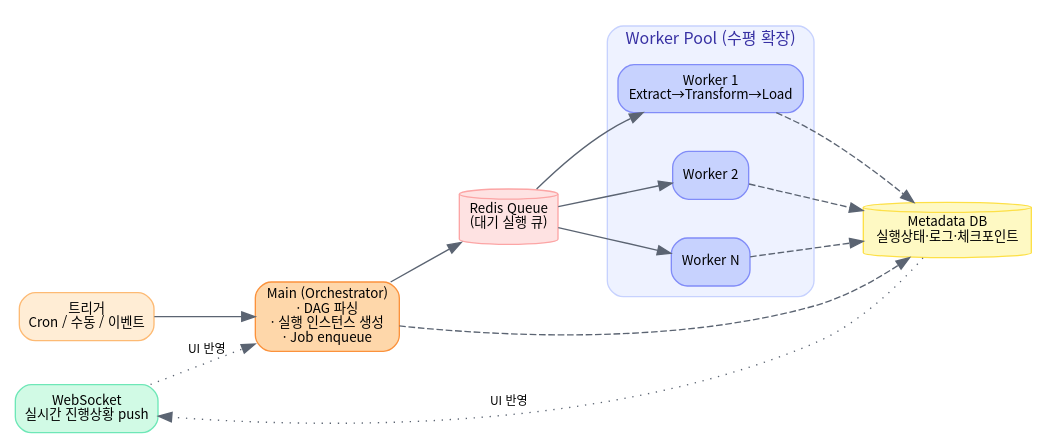
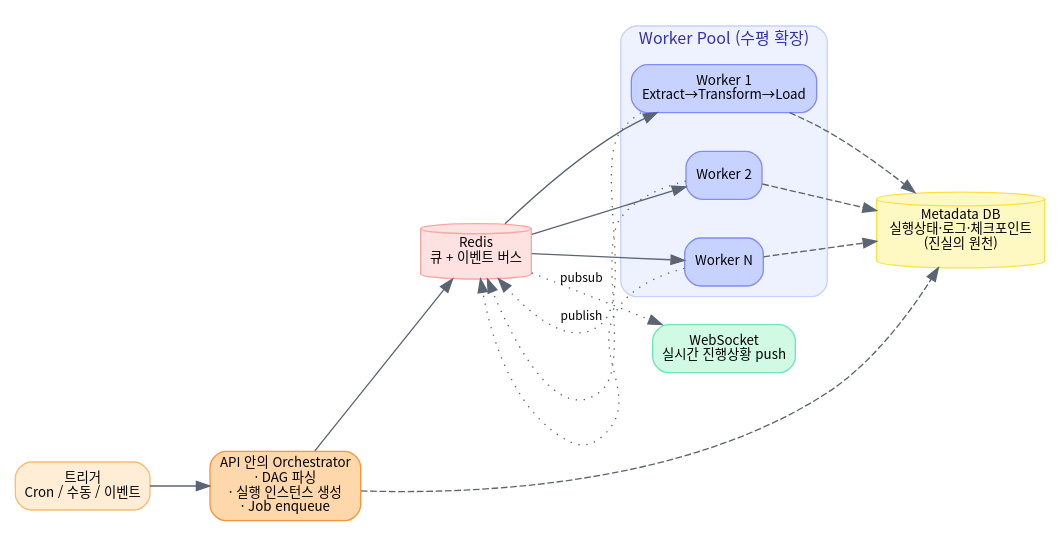
Before and after one commit to SurvivorsStudio/ditter: the diagram in docs/diagrams/d2_pipeline.dot, drawn with Graphviz. The commit also changed 3 other files, not shown here.

```diff
--- a/docs/diagrams/d2_pipeline.dot
+++ b/docs/diagrams/d2_pipeline.dot
@@ -1,26 +1,29 @@
 digraph G {
   rankdir=LR; bgcolor="white";
   node [fontname="Noto Sans CJK KR", fontsize=10, shape=box, style="rounded,filled"];
   edge [fontname="Noto Sans CJK KR", fontsize=9, color="#5b6472"];
   graph [fontname="Noto Sans CJK KR", fontsize=12, nodesep=0.4, ranksep=0.6];
 
   trigger [label="트리거\nCron / 수동 / 이벤트", fillcolor="#ffedd5", color="#fdba74"];
-  main [label="Main (Orchestrator)\n· DAG 파싱\n· 실행 인스턴스 생성\n· Job enqueue", fillcolor="#fed7aa", color="#fb923c"];
-  redis [label="Redis Queue\n(대기 실행 큐)", shape=cylinder, fillcolor="#fee2e2", color="#fca5a5"];
+  main [label="API 안의 Orchestrator\n· DAG 파싱\n· 실행 인스턴스 생성\n· Job enqueue", fillcolor="#fed7aa", color="#fb923c"];
+  redis [label="Redis\n큐 + 이벤트 버스", shape=cylinder, fillcolor="#fee2e2", color="#fca5a5"];
 
   subgraph cluster_w {
     label="Worker Pool (수평 확장)"; style="rounded,filled"; fillcolor="#eef2ff"; color="#c7d2fe"; fontcolor="#3730a3"; fontname="Noto Sans CJK KR";
     w1 [label="Worker 1\nExtract→Transform→Load", fillcolor="#c7d2fe", color="#818cf8"];
     w2 [label="Worker 2", fillcolor="#c7d2fe", color="#818cf8"];
     w3 [label="Worker N", fillcolor="#c7d2fe", color="#818cf8"];
   }
 
-  meta [label="Metadata DB\n실행상태·로그·체크포인트", shape=cylinder, fillcolor="#fef9c3", color="#fde047"];
+  meta [label="Metadata DB\n실행상태·로그·체크포인트\n(진실의 원천)", shape=cylinder, fillcolor="#fef9c3", color="#fde047"];
   ws [label="WebSocket\n실시간 진행상황 push", fillcolor="#d1fae5", color="#6ee7b7"];
 
   trigger -> main -> redis;
   redis -> w1; redis -> w2; redis -> w3;
   w1 -> meta [style=dashed]; w2 -> meta [style=dashed]; w3 -> meta [style=dashed];
   main -> meta [style=dashed];
-  meta -> ws -> main [style=dotted, constraint=false, label="UI 반영"];
+  w1 -> redis [style=dotted, constraint=false, label="publish"];
+  w2 -> redis [style=dotted, constraint=false];
+  w3 -> redis [style=dotted, constraint=false];
+  redis -> ws [style=dotted, label="pubsub"];
 }
```
